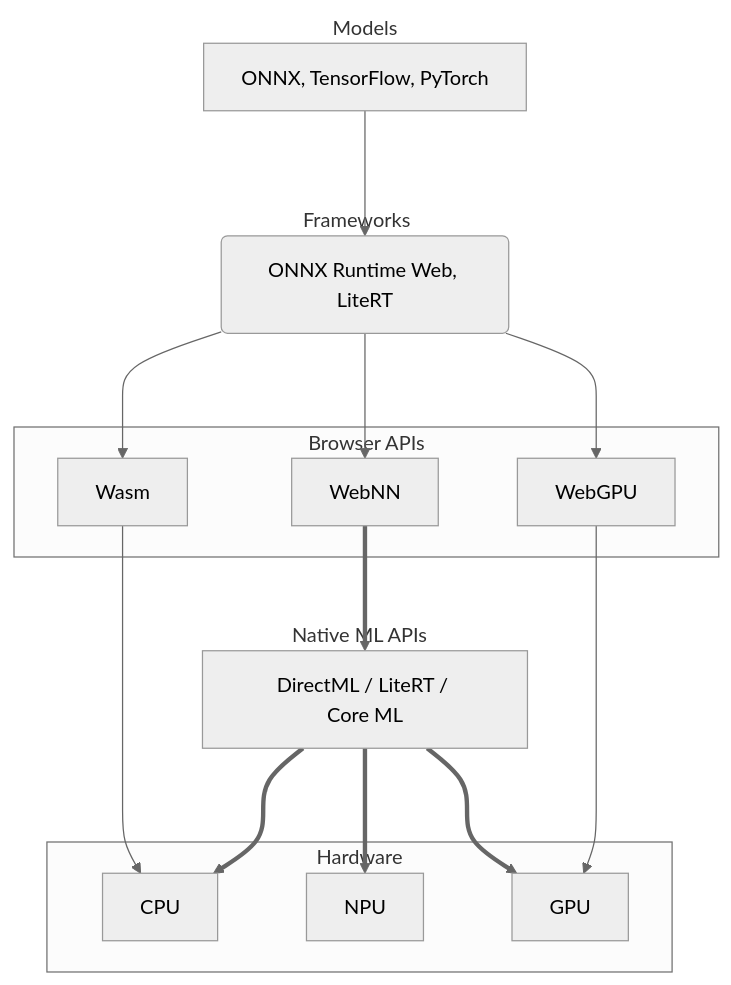
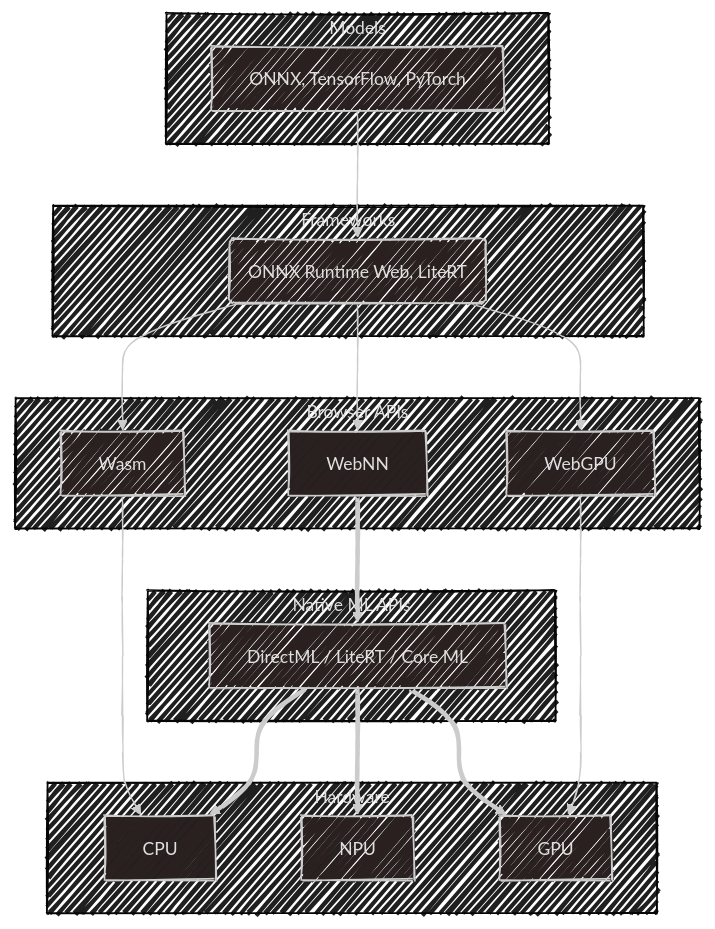
Before and after one commit to webmachinelearning/webnn: the diagram in explainer.md, drawn with Mermaid.

Commit message:
Change look and theme for better dark mode

````diff
--- a/explainer.md
+++ b/explainer.md
@@ -25,46 +25,42 @@
 ```mermaid
-%%{ init : { "theme" : "neutral" }}%%
+%%{ init : { "look" : "handDrawn", "theme" : "neo-dark" }}%%
 flowchart TD
-
-  style Models stroke-width:0, fill:#fff
-  style Frameworks stroke-width:0, fill:#fff
-  style Native_ML_APIs stroke-width:0, fill:#fff
 
   subgraph Models
     Model[ONNX, TensorFlow, PyTorch]
   end
 
   subgraph Frameworks
     Framework(ONNX Runtime Web, LiteRT)
   end
 
   subgraph Browser_APIs[Browser APIs]
     Wasm
     WebNN
     WebGPU
   end
 
   subgraph Native_ML_APIs[Native ML APIs]
     MLAPI[DirectML / LiteRT / Core&nbsp;ML]
   end
 
   subgraph Hardware
     CPU
     NPU
     GPU
   end
 
   Model --> Framework
 
   Framework --> Wasm
   Framework --> WebNN
   Framework --> WebGPU
 
   Wasm --> CPU
   WebNN ==> MLAPI
   WebGPU --> GPU
 
   MLAPI ==> CPU
   MLAPI ==> NPU
   MLAPI ==> GPU
 ```
````
